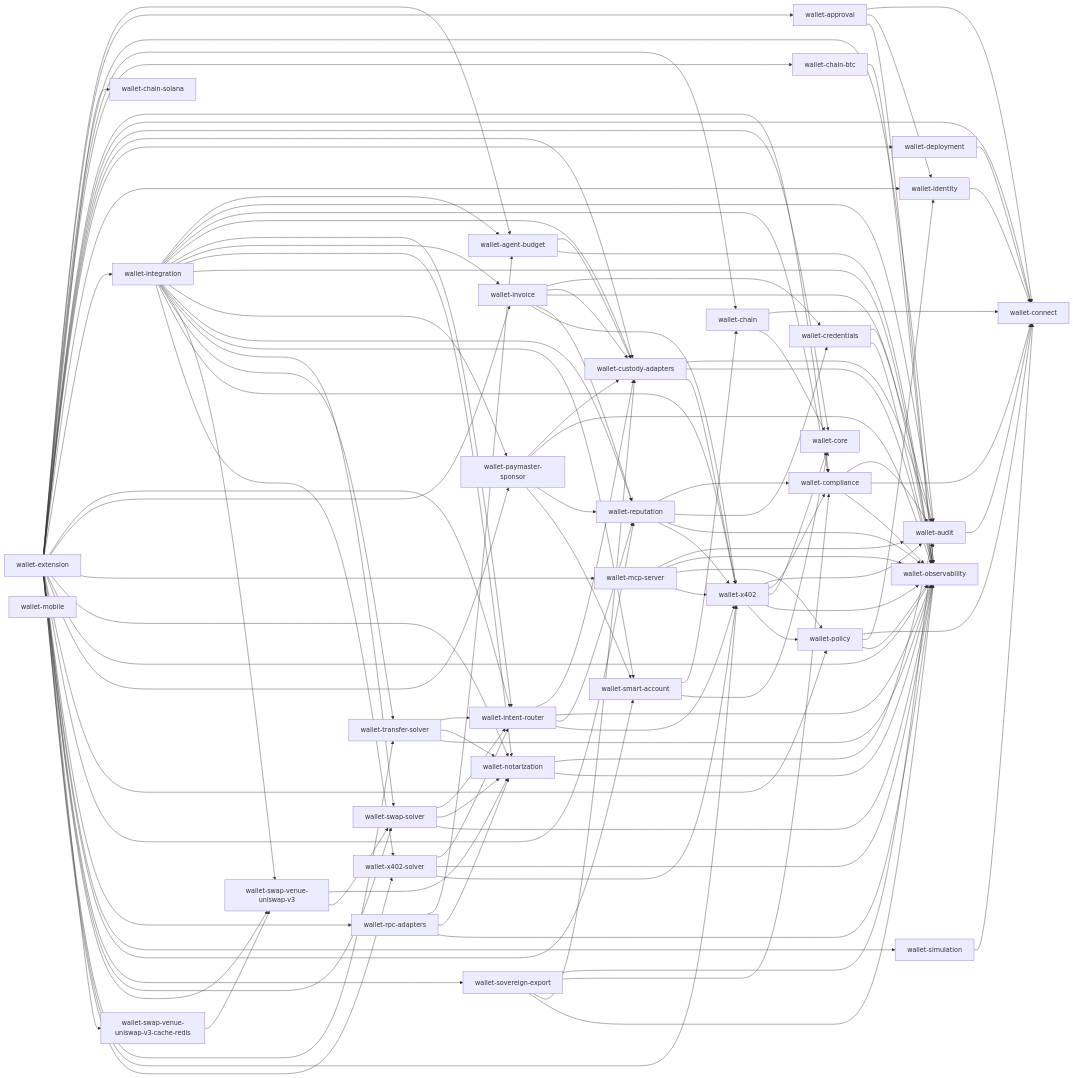
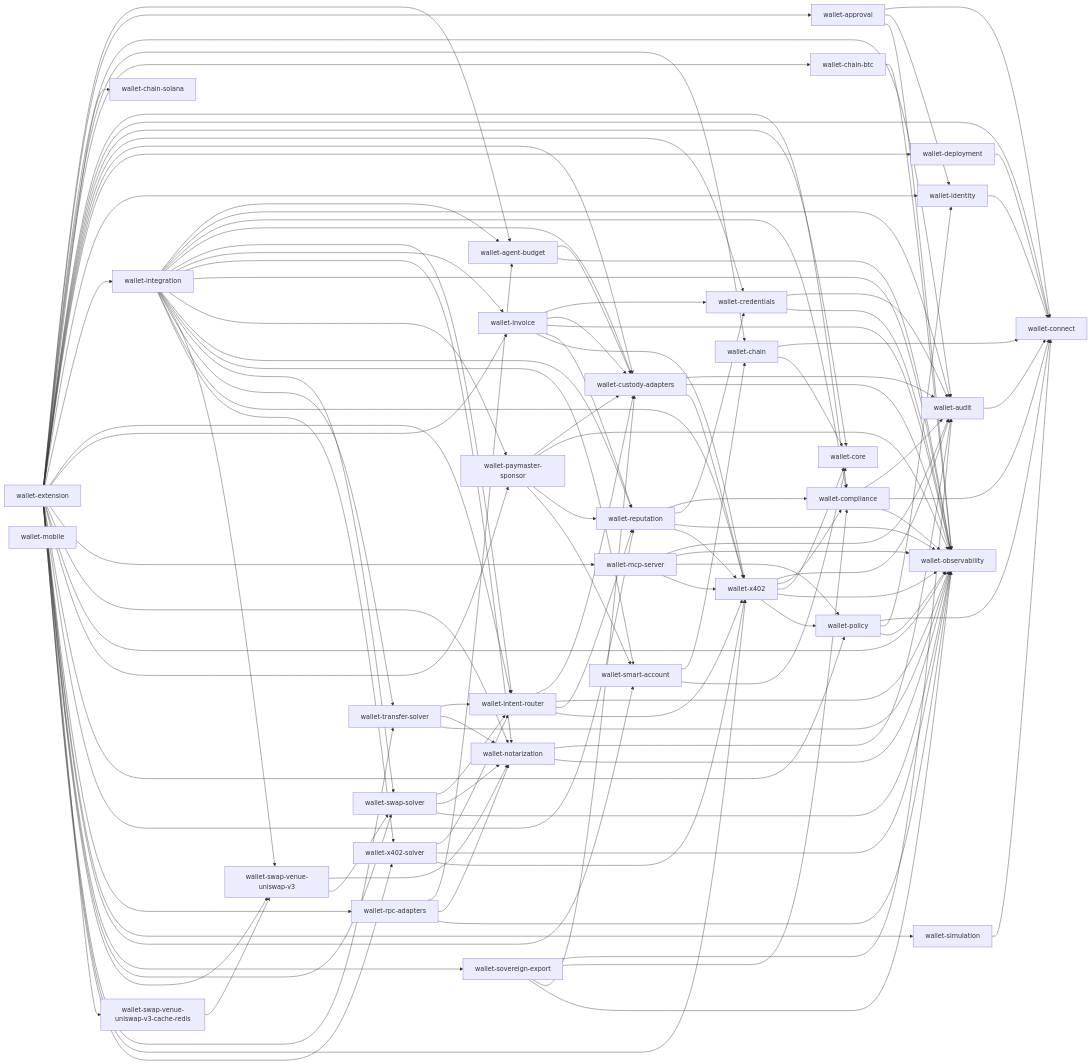
Before and after one commit to aethelred-foundation/wallet: the diagram in reports/workspace-deps.mmd, drawn with Mermaid. The commit also changed 17 other files, not shown here.

```diff
--- a/reports/workspace-deps.mmd
+++ b/reports/workspace-deps.mmd
@@ -1,125 +1,126 @@
 flowchart LR
   wallet-agent-budget --> wallet-custody-adapters
   wallet-agent-budget --> wallet-observability
   wallet-approval --> wallet-connect
   wallet-approval --> wallet-identity
   wallet-approval --> wallet-observability
   wallet-audit --> wallet-connect
   wallet-chain --> wallet-connect
   wallet-chain --> wallet-core
   wallet-chain-btc --> wallet-observability
   wallet-chain-solana
   wallet-compliance --> wallet-audit
   wallet-compliance --> wallet-connect
   wallet-compliance --> wallet-observability
   wallet-connect
   wallet-core
   wallet-credentials --> wallet-audit
   wallet-credentials --> wallet-observability
   wallet-custody-adapters --> wallet-audit
   wallet-custody-adapters --> wallet-observability
   wallet-custody-adapters --> wallet-x402
   wallet-deployment --> wallet-connect
   wallet-extension --> wallet-agent-budget
   wallet-extension --> wallet-approval
   wallet-extension --> wallet-audit
   wallet-extension --> wallet-chain
   wallet-extension --> wallet-chain-btc
   wallet-extension --> wallet-chain-solana
   wallet-extension --> wallet-compliance
   wallet-extension --> wallet-connect
   wallet-extension --> wallet-core
+  wallet-extension --> wallet-credentials
   wallet-extension --> wallet-custody-adapters
   wallet-extension --> wallet-deployment
   wallet-extension --> wallet-identity
   wallet-extension --> wallet-integration
   wallet-extension --> wallet-intent-router
   wallet-extension --> wallet-invoice
   wallet-extension --> wallet-mcp-server
   wallet-extension --> wallet-notarization
   wallet-extension --> wallet-observability
   wallet-extension --> wallet-paymaster-sponsor
   wallet-extension --> wallet-policy
   wallet-extension --> wallet-reputation
   wallet-extension --> wallet-rpc-adapters
   wallet-extension --> wallet-simulation
   wallet-extension --> wallet-smart-account
   wallet-extension --> wallet-sovereign-export
   wallet-extension --> wallet-swap-solver
   wallet-extension --> wallet-swap-venue-uniswap-v3
   wallet-extension --> wallet-swap-venue-uniswap-v3-cache-redis
   wallet-extension --> wallet-transfer-solver
   wallet-extension --> wallet-x402
   wallet-extension --> wallet-x402-solver
   wallet-identity --> wallet-connect
   wallet-integration --> wallet-agent-budget
   wallet-integration --> wallet-audit
   wallet-integration --> wallet-compliance
   wallet-integration --> wallet-custody-adapters
   wallet-integration --> wallet-intent-router
   wallet-integration --> wallet-invoice
   wallet-integration --> wallet-notarization
   wallet-integration --> wallet-observability
   wallet-integration --> wallet-paymaster-sponsor
   wallet-integration --> wallet-reputation
   wallet-integration --> wallet-smart-account
   wallet-integration --> wallet-swap-solver
   wallet-integration --> wallet-swap-venue-uniswap-v3
   wallet-integration --> wallet-transfer-solver
   wallet-integration --> wallet-x402
   wallet-integration --> wallet-x402-solver
   wallet-intent-router --> wallet-custody-adapters
   wallet-intent-router --> wallet-observability
   wallet-intent-router --> wallet-reputation
   wallet-intent-router --> wallet-x402
   wallet-invoice --> wallet-credentials
   wallet-invoice --> wallet-custody-adapters
   wallet-invoice --> wallet-observability
   wallet-invoice --> wallet-reputation
   wallet-invoice --> wallet-x402
   wallet-mcp-server --> wallet-audit
   wallet-mcp-server --> wallet-observability
   wallet-mcp-server --> wallet-policy
   wallet-mcp-server --> wallet-x402
   wallet-mobile
   wallet-notarization --> wallet-audit
   wallet-notarization --> wallet-observability
   wallet-observability
   wallet-paymaster-sponsor --> wallet-custody-adapters
   wallet-paymaster-sponsor --> wallet-observability
   wallet-paymaster-sponsor --> wallet-reputation
   wallet-paymaster-sponsor --> wallet-smart-account
   wallet-policy --> wallet-connect
   wallet-policy --> wallet-identity
   wallet-policy --> wallet-observability
   wallet-reputation --> wallet-compliance
   wallet-reputation --> wallet-credentials
   wallet-reputation --> wallet-observability
   wallet-reputation --> wallet-x402
   wallet-rpc-adapters --> wallet-agent-budget
   wallet-rpc-adapters --> wallet-notarization
   wallet-rpc-adapters --> wallet-observability
   wallet-simulation --> wallet-connect
   wallet-smart-account --> wallet-chain
   wallet-smart-account --> wallet-core
   wallet-sovereign-export --> wallet-audit
   wallet-sovereign-export --> wallet-compliance
   wallet-sovereign-export --> wallet-custody-adapters
   wallet-sovereign-export --> wallet-observability
   wallet-swap-solver --> wallet-intent-router
   wallet-swap-solver --> wallet-notarization
   wallet-swap-solver --> wallet-observability
   wallet-swap-venue-uniswap-v3 --> wallet-notarization
   wallet-swap-venue-uniswap-v3 --> wallet-swap-solver
   wallet-swap-venue-uniswap-v3-cache-redis --> wallet-swap-venue-uniswap-v3
   wallet-transfer-solver --> wallet-intent-router
   wallet-transfer-solver --> wallet-notarization
   wallet-transfer-solver --> wallet-observability
   wallet-x402 --> wallet-audit
   wallet-x402 --> wallet-compliance
   wallet-x402 --> wallet-core
   wallet-x402 --> wallet-observability
   wallet-x402 --> wallet-policy
   wallet-x402-solver --> wallet-intent-router
   wallet-x402-solver --> wallet-observability
   wallet-x402-solver --> wallet-x402
```
